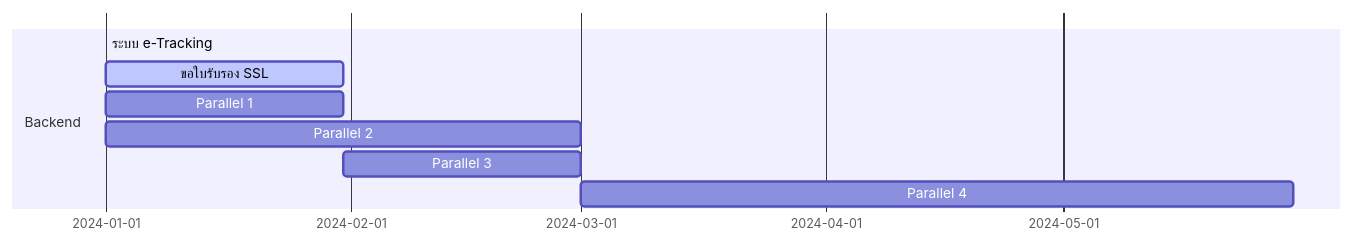
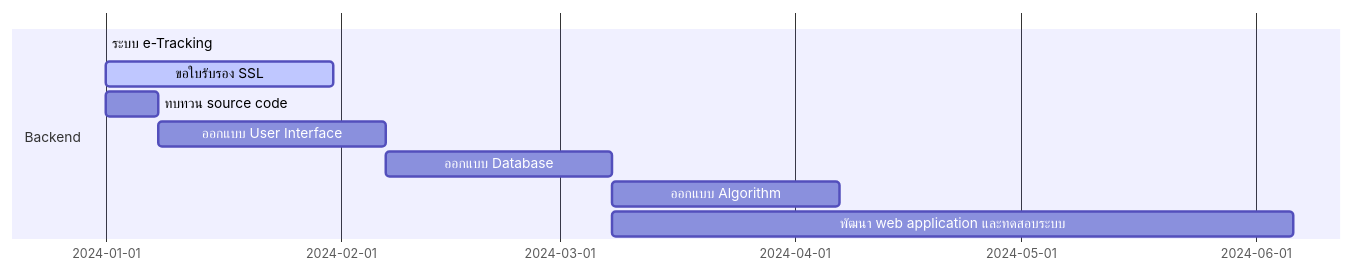
Before and after one commit to Kietpawpan/e-tracking: the diagram in README.md, drawn with Mermaid.

````diff
--- a/README.md
+++ b/README.md
@@ -6,10 +6,12 @@
 ```mermaid
 gantt
     section Backend
     ระบบ e-Tracking :done,    des1, 2024-01-01,2024-01-30
     ขอใบรับรอง SSL        :active, des2, after des1, 30d
-    Parallel 1   :         des3, after des1, 30d
-    Parallel 2   :         des4, after des1, 60d
-    Parallel 3   :         des5, after des3, 30d
-    Parallel 4   :         des6, after des4, 90d
+    ทบทวน source code  :         des3, after des1, 7d
+    ออกแบบ User Interface  :         des4, after des3, 30d
+    ออกแบบ Database   :         des5, after des4, 30d
+    ออกแบบ Algorithm   :         des6, after des5, 30d
+    พัฒนา web application และทดสอบระบบ   :         des6, after des5, 90d
+
 ```
````
